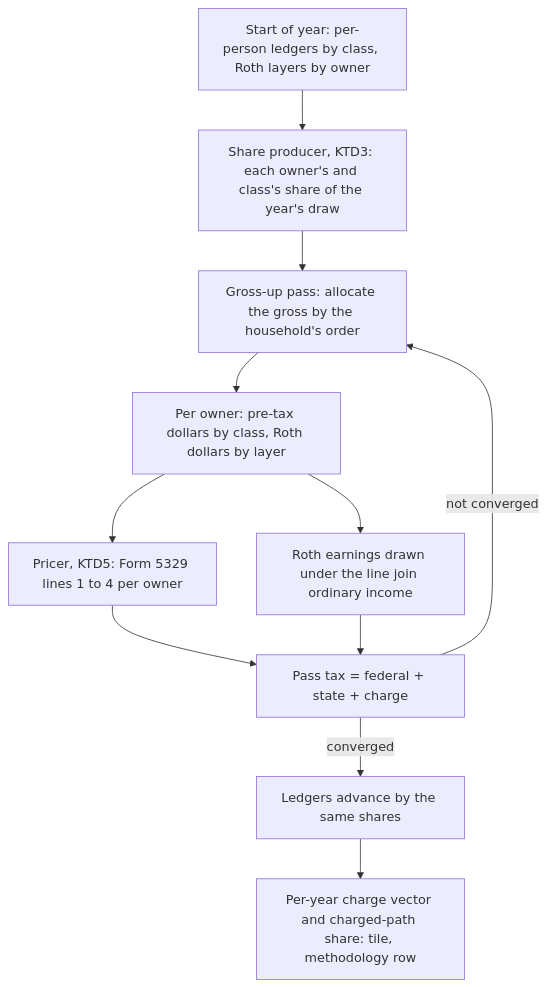
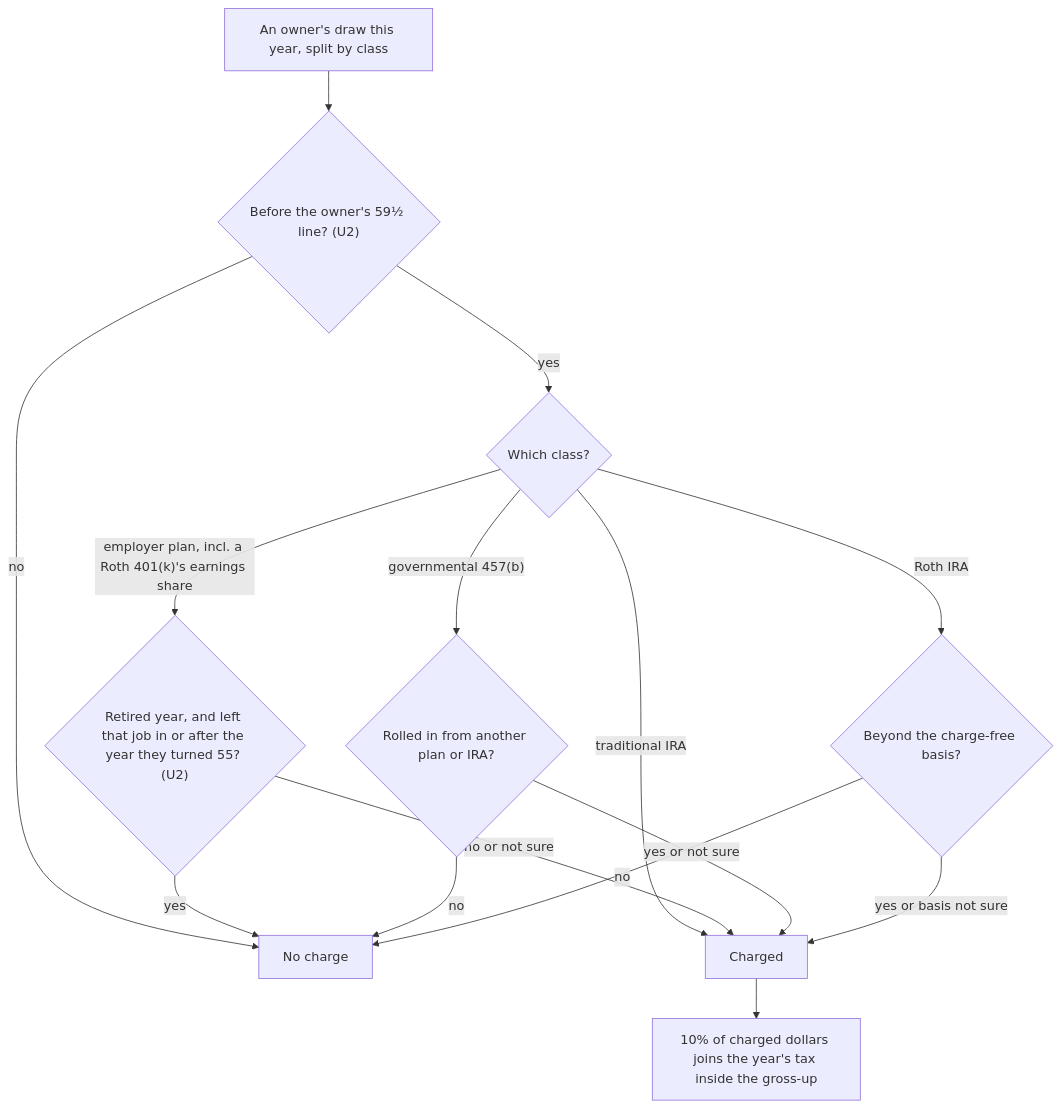
The first of 3 diagrams in projects/the-back-nine/docs/plans/features/early-withdrawal-charge-build-spec.md (mbriggsy/ai-learning-journey), drawn with Mermaid before and after one commit. The commit also changed other lines of this file, not shown here.

First line of the commit message:
plan: The 10% Early-Withdrawal Charge - Plan (ce-plan's, the trial's winner)

````diff
--- a/projects/the-back-nine/docs/plans/features/early-withdrawal-charge-build-spec.md
+++ b/projects/the-back-nine/docs/plans/features/early-withdrawal-charge-build-spec.md
@@ -158,13 +195,17 @@
 ```mermaid
-flowchart TD
-  A[Start of year: per-person ledgers by class, Roth layers by owner] --> B[Share producer, KTD3: each owner's and class's share of the year's draw]
-  B --> C[Gross-up pass: allocate the gross by the household's order]
-  C --> D[Per owner: pre-tax dollars by class, Roth dollars by layer]
-  D --> E[Pricer, KTD5: Form 5329 lines 1 to 4 per owner]
-  D --> F[Roth earnings drawn under the line join ordinary income]
-  E --> G[Pass tax = federal + state + charge]
-  F --> G
-  G -->|not converged| C
-  G -->|converged| H[Ledgers advance by the same shares]
-  H --> I[Per-year charge vector and charged-path share: tile, methodology row]
+flowchart TB
+  A["An owner's draw this year, split by class"] --> B{"Before the owner's 59½ line? (U2)"}
+  B -- no --> Z["No charge"]
+  B -- yes --> C{"Which class?"}
+  C -- "traditional IRA" --> CH["Charged"]
+  C -- "employer plan, incl. a Roth 401(k)'s earnings share" --> D{"Retired year, and left that job in or after the year they turned 55? (U2)"}
+  D -- yes --> Z
+  D -- "no or not sure" --> CH
+  C -- "governmental 457(b)" --> E{"Rolled in from another plan or IRA?"}
+  E -- "yes or not sure" --> CH
+  E -- no --> Z
+  C -- "Roth IRA" --> F{"Beyond the charge-free basis?"}
+  F -- no --> Z
+  F -- "yes or basis not sure" --> CH
+  CH --> G["10% of charged dollars joins the year's tax inside the gross-up"]
 ```
````
